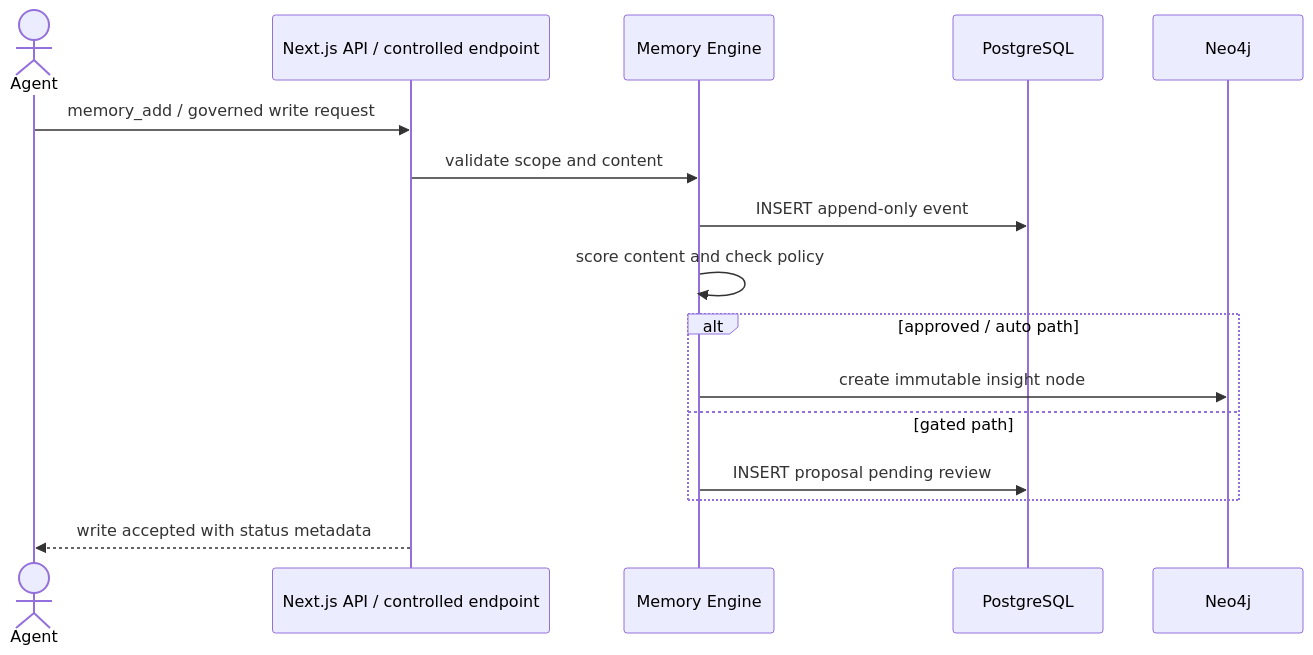
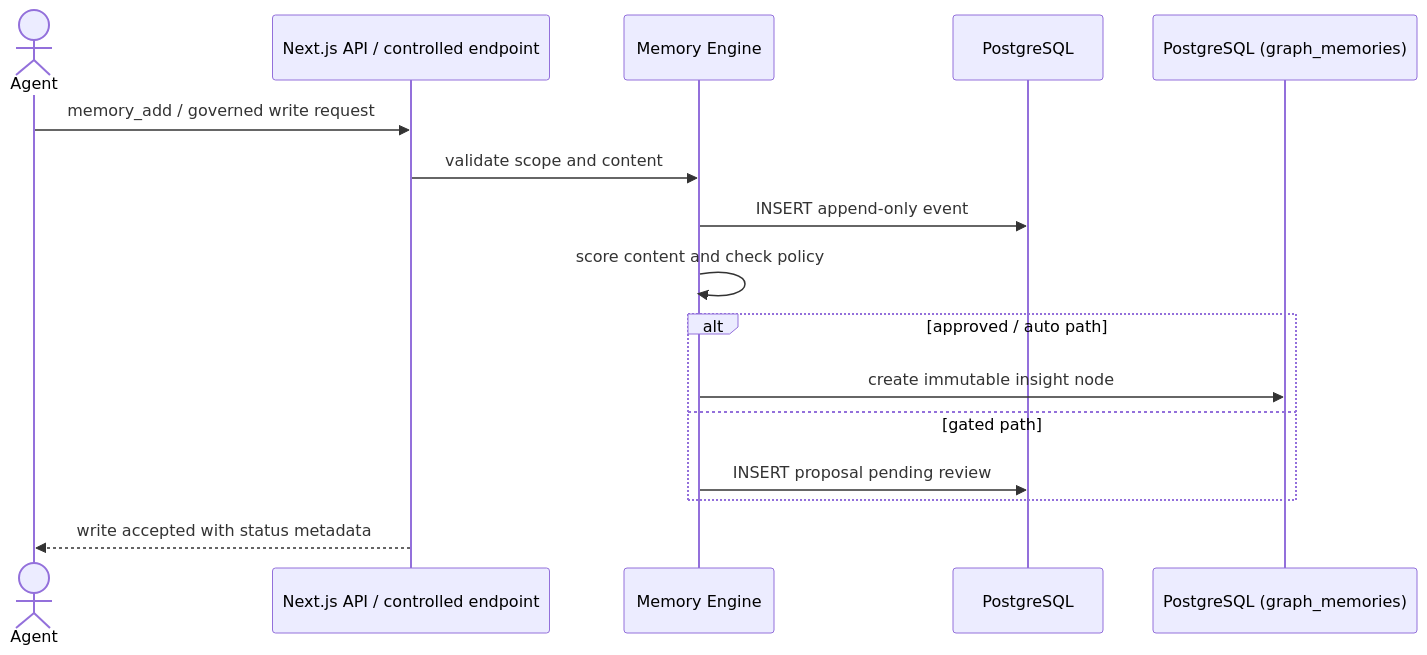
The fifth of 9 diagrams in docs/allura/SOLUTION-ARCHITECTURE.md (Allura-Ecosystem/Allura_Memory), drawn with Mermaid before and after one commit. The commit also changed other lines of this file and 26 other files, not shown here.

````diff
--- a/docs/allura/SOLUTION-ARCHITECTURE.md
+++ b/docs/allura/SOLUTION-ARCHITECTURE.md
@@ -178,19 +178,19 @@
 ```mermaid
 sequenceDiagram
     actor Agent
     participant API as Next.js API / controlled endpoint
     participant Engine as Memory Engine
     participant PG as PostgreSQL
-    participant N4J as Neo4j
+    participant N4J as PostgreSQL (graph_memories)
 
     Agent->>API: memory_add / governed write request
     API->>Engine: validate scope and content
     Engine->>PG: INSERT append-only event
     Engine->>Engine: score content and check policy
     alt approved / auto path
         Engine->>N4J: create immutable insight node
     else gated path
         Engine->>PG: INSERT proposal pending review
     end
     API-->>Agent: write accepted with status metadata
 ```
````
